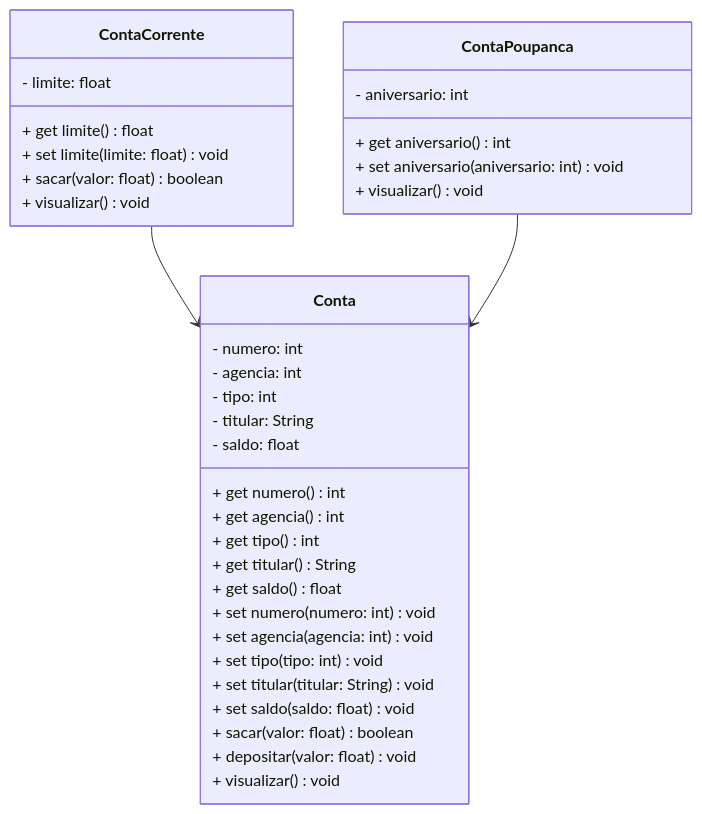
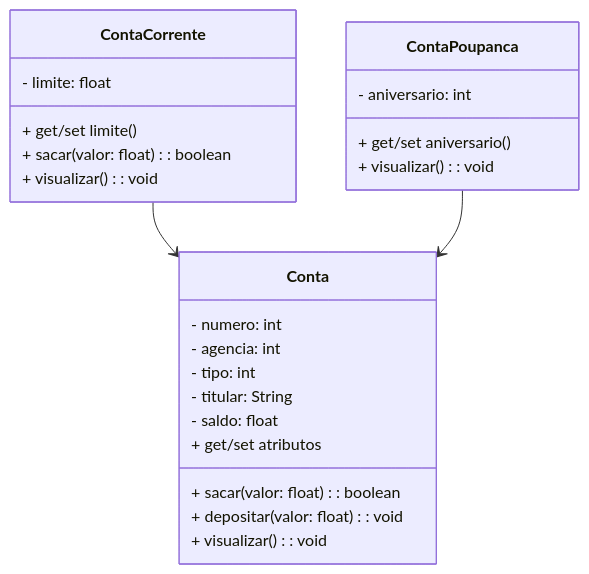
One commit to tasselii/conta-bancaria changed the diagram in README.md. Above: the diagram before and after it, drawn with Mermaid. The commit also changed other lines of this file, not shown here.

````diff
--- a/README.md
+++ b/README.md
@@ -71,38 +54,27 @@
 ```mermaid
 classDiagram
 class Conta {
   - numero: int
   - agencia: int
   - tipo: int
   - titular: String
   - saldo: float
-  + get numero() int
-  + get agencia() int
-  + get tipo() int
-  + get titular() String
-  + get saldo() float
-  + set numero(numero: int) void
-  + set agencia(agencia: int) void
-  + set tipo(tipo: int) void
-  + set titular(titular: String) void
-  + set saldo(saldo: float) void
-  + sacar(valor: float) boolean
-  + depositar(valor: float) void
-  + visualizar() void
+  + get/set atributos
+  + sacar(valor: float): boolean
+  + depositar(valor: float): void
+  + visualizar(): void
 }
 class ContaCorrente {
   - limite: float
-  + get limite() float
-  + set limite(limite: float) void
-  + sacar(valor: float) boolean
-  + visualizar() void
+  + get/set limite()
+  + sacar(valor: float): boolean
+  + visualizar(): void
 }
 class ContaPoupanca {
   - aniversario: int
-  + get aniversario() int
-  + set aniversario(aniversario: int) void
-  + visualizar() void
+  + get/set aniversario()
+  + visualizar(): void
 }
 ContaCorrente --> Conta
 ContaPoupanca --> Conta
 ```
````
